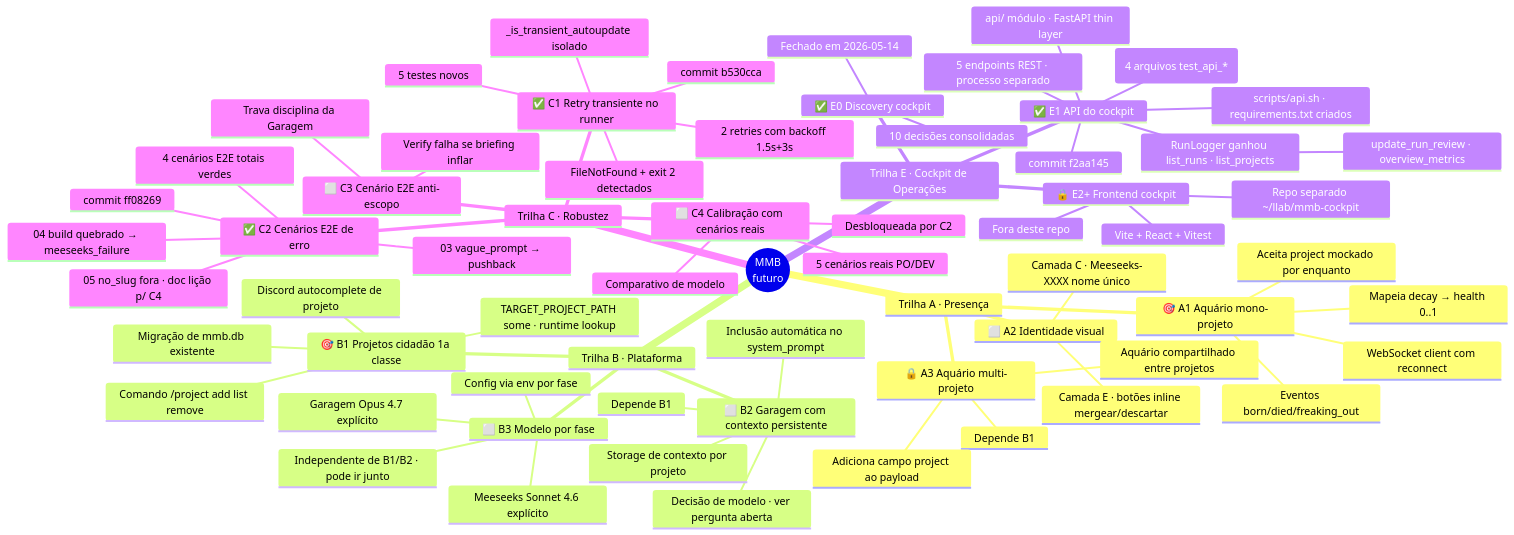
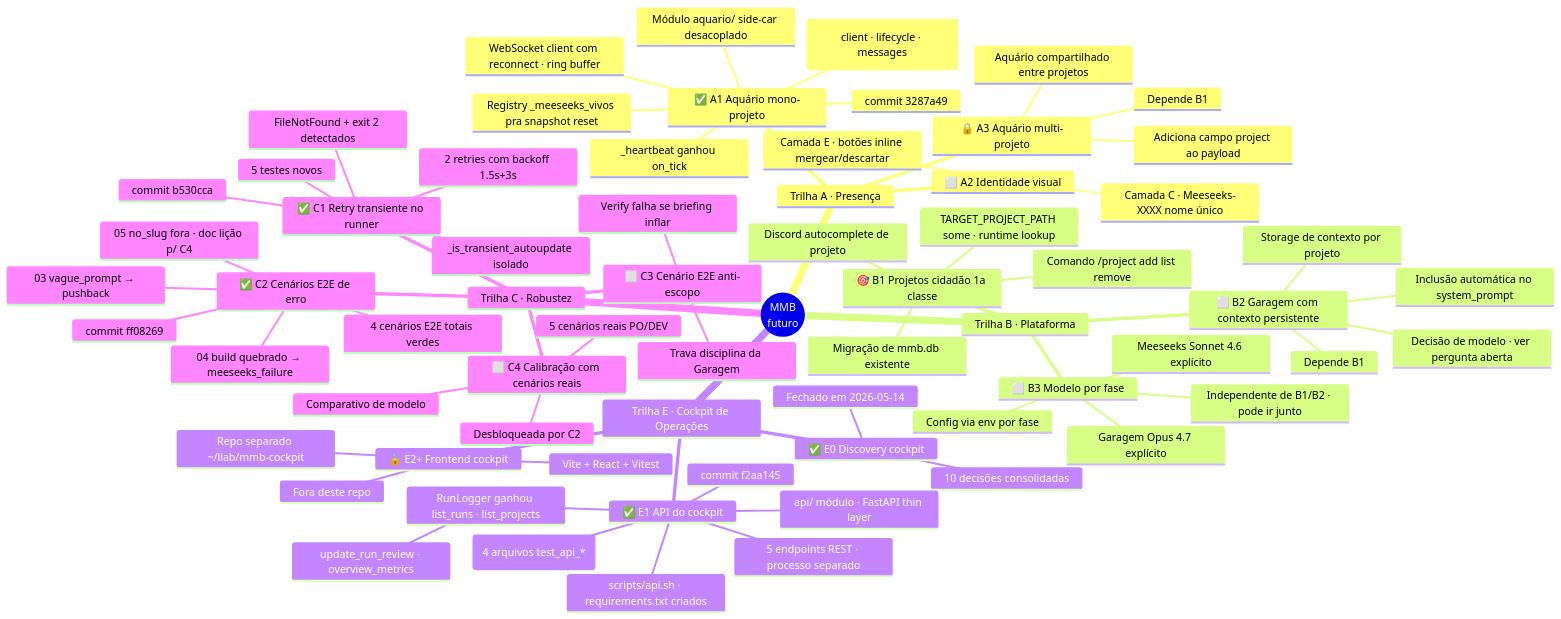
Before and after one commit to x-force-42/mmb-core: the third of 4 diagrams in docs/arvore.md, drawn with Mermaid. The commit also changed other lines of this file and 2 other files, not shown here.

````diff
--- a/docs/arvore.md
+++ b/docs/arvore.md
@@ -130,69 +136,71 @@
 ```mermaid
 mindmap
   root((MMB<br/>futuro))
     Trilha A · Presença
-      🎯 A1 Aquário mono-projeto
-        WebSocket client com reconnect
-        Mapeia decay → health 0..1
-        Eventos born/died/freaking_out
-        Aceita project mockado por enquanto
+      ✅ A1 Aquário mono-projeto
+        commit 3287a49
+        Módulo aquario/ side-car desacoplado
+        WebSocket client com reconnect · ring buffer
+        Registry _meeseeks_vivos pra snapshot reset
+        _heartbeat ganhou on_tick
+        +44 testes (client · lifecycle · messages)
       ⬜ A2 Identidade visual
         Camada C · Meeseeks-XXXX nome único
         Camada E · botões inline mergear/descartar
       🔒 A3 Aquário multi-projeto
         Depende B1
         Adiciona campo project ao payload
         Aquário compartilhado entre projetos
     Trilha B · Plataforma
       🎯 B1 Projetos cidadão 1a classe
         Comando /project add list remove
         Discord autocomplete de projeto
         TARGET_PROJECT_PATH some · runtime lookup
         Migração de mmb.db existente
       ⬜ B2 Garagem com contexto persistente
         Decisão de modelo · ver pergunta aberta
         Storage de contexto por projeto
         Inclusão automática no system_prompt
         Depende B1
       ⬜ B3 Modelo por fase
         Garagem Opus 4.7 explícito
         Meeseeks Sonnet 4.6 explícito
         Config via env por fase
         Independente de B1/B2 · pode ir junto
     Trilha E · Cockpit de Operações
       ✅ E0 Discovery cockpit
         Fechado em 2026-05-14
         10 decisões consolidadas
       ✅ E1 API do cockpit
         commit f2aa145
         api/ módulo · FastAPI thin layer
         5 endpoints REST · processo separado
         RunLogger ganhou list_runs · list_projects
           update_run_review · overview_metrics
         +39 testes (4 arquivos test_api_*)
         scripts/api.sh · requirements.txt criados
       🔒 E2+ Frontend cockpit
         Repo separado ~/llab/mmb-cockpit
         Vite + React + Vitest
         Fora deste repo
     Trilha C · Robustez
       ✅ C1 Retry transiente no runner
         commit b530cca
         FileNotFound + exit 2 detectados
         2 retries com backoff 1.5s+3s
         _is_transient_autoupdate isolado
         5 testes novos
       ✅ C2 Cenários E2E de erro
         commit ff08269
         03 vague_prompt → pushback
         04 build quebrado → meeseeks_failure
         05 no_slug fora · doc lição p/ C4
         4 cenários E2E totais verdes
       ⬜ C3 Cenário E2E anti-escopo
         Verify falha se briefing inflar
         Trava disciplina da Garagem
       ⬜ C4 Calibração com cenários reais
         5 cenários reais PO/DEV
         Comparativo de modelo
         Desbloqueada por C2
 ```
````
